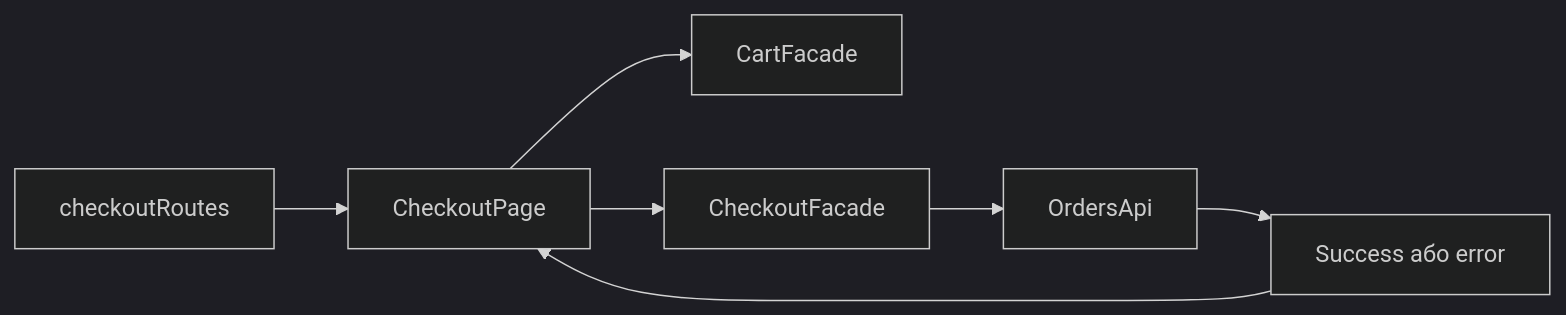
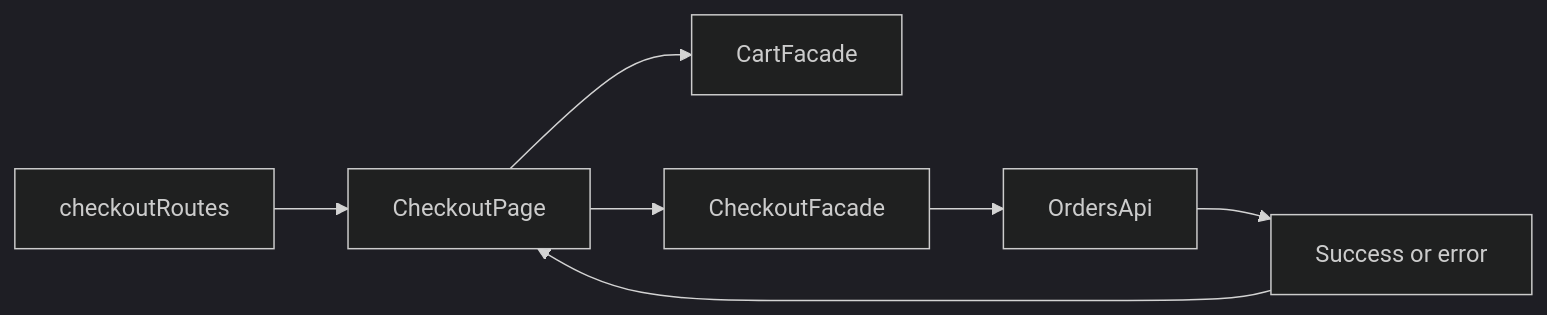
The diagram in docs/features/storefront/catalog/checkout.md (Weretik/kedr-web), drawn with Mermaid (dark theme) before and after one commit. The commit also changed other lines of this file and 95 other files, not shown here.

Commit message:
docs(frontend): reconcile architecture and feature guidance

````diff
--- a/docs/features/storefront/catalog/checkout.md
+++ b/docs/features/storefront/catalog/checkout.md
@@ -10,9 +10,9 @@
 ```mermaid
 flowchart LR
 Route["checkoutRoutes"] --> Page["CheckoutPage"]
 Page --> Cart["CartFacade"]
 Page --> Checkout["CheckoutFacade"]
 Checkout --> Orders["OrdersApi"]
-Orders --> Result["Success або error"]
+Orders --> Result["Success or error"]
 Result --> Page
 ```
````
